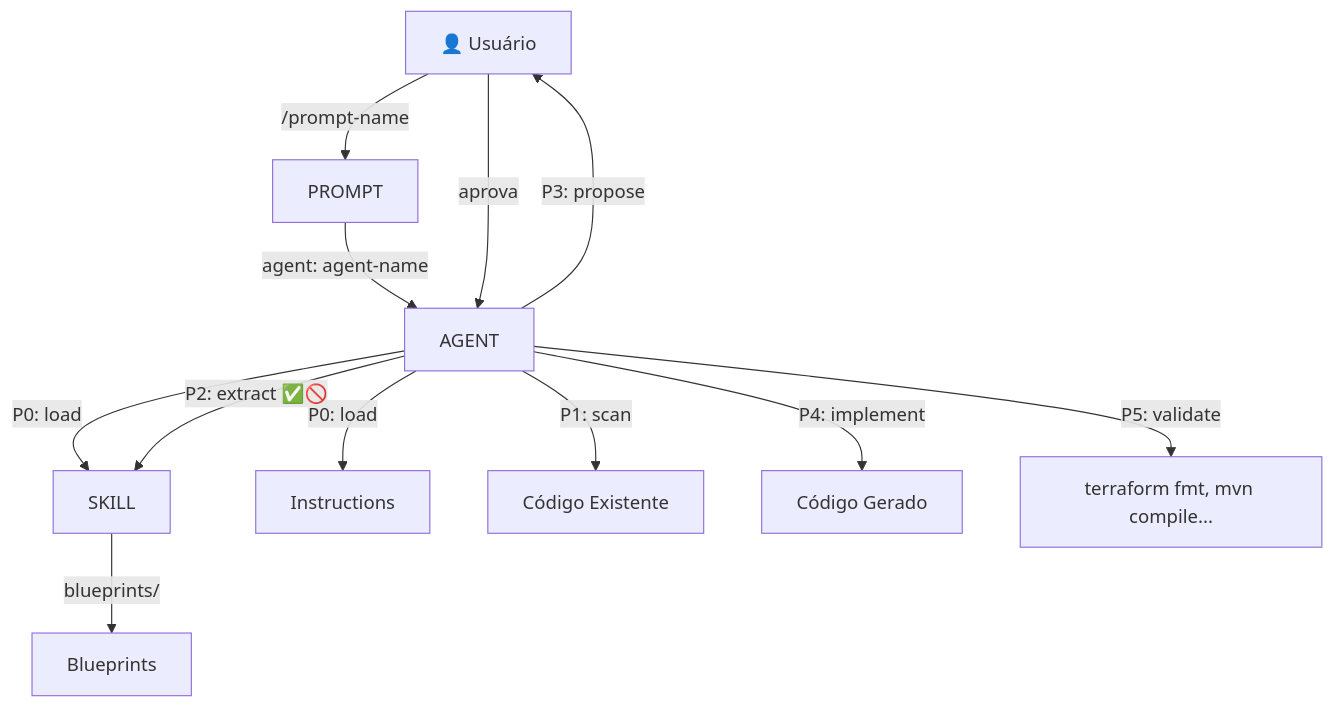
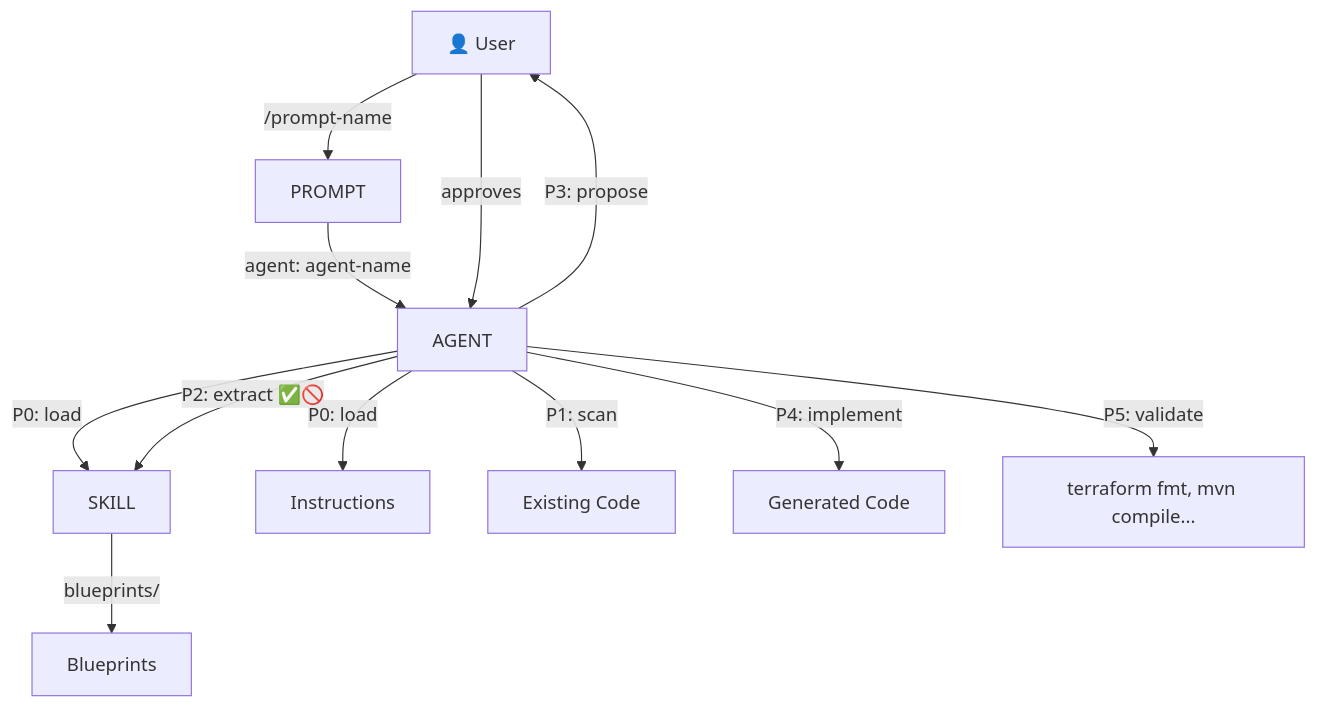
The third of 5 diagrams in docs/visao-geral.md (rodrigo-mendes/agents-factory), drawn with Mermaid before and after one commit. The commit also changed other lines of this file and 70 other files, not shown here.

````diff
--- a/docs/visao-geral.md
+++ b/docs/visao-geral.md
@@ -70,15 +70,15 @@
 ```mermaid
 flowchart TD
-    U[👤 Usuário] -->|"/prompt-name"| PROMPT
+    U[👤 User] -->|"/prompt-name"| PROMPT
     PROMPT -->|"agent: agent-name"| AGENT
     AGENT -->|"P0: load"| SKILL
     AGENT -->|"P0: load"| INSTR[Instructions]
     SKILL -->|"blueprints/"| BP[Blueprints]
     
-    AGENT -->|"P1: scan"| CODE[Código Existente]
+    AGENT -->|"P1: scan"| CODE[Existing Code]
     AGENT -->|"P2: extract ✅🚫"| SKILL
     AGENT -->|"P3: propose"| U
-    U -->|"aprova"| AGENT
-    AGENT -->|"P4: implement"| OUTPUT[Código Gerado]
+    U -->|"approves"| AGENT
+    AGENT -->|"P4: implement"| OUTPUT[Generated Code]
     AGENT -->|"P5: validate"| TOOLS[terraform fmt, mvn compile...]
 ```
````
